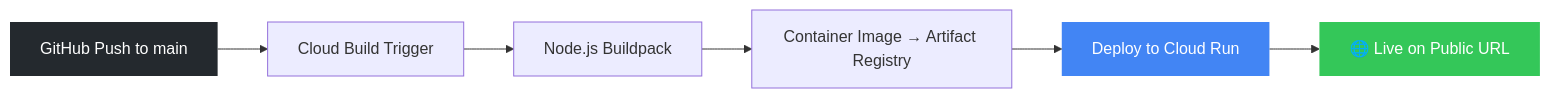
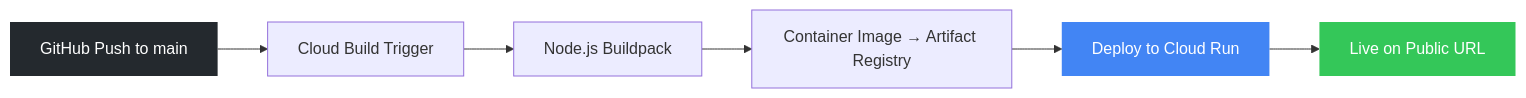
One commit to bitmorphic/planic-ai changed the fourth of 4 diagrams in README.md. Above: the diagram before and after it, drawn with Mermaid. The commit also changed other lines of this file, not shown here.

````diff
--- a/README.md
+++ b/README.md
@@ -177,12 +177,12 @@
 ```mermaid
 flowchart LR
     A[GitHub Push to main] --> B[Cloud Build Trigger]
     B --> C[Node.js Buildpack]
     C --> D[Container Image → Artifact Registry]
     D --> E[Deploy to Cloud Run]
-    E --> F[🌐 Live on Public URL]
+    E --> F[Live on Public URL]
 
     style A fill:#24292e,color:#fff,stroke:none
     style E fill:#4285F4,color:#fff,stroke:none
     style F fill:#34C759,color:#fff,stroke:none
 ```
````
